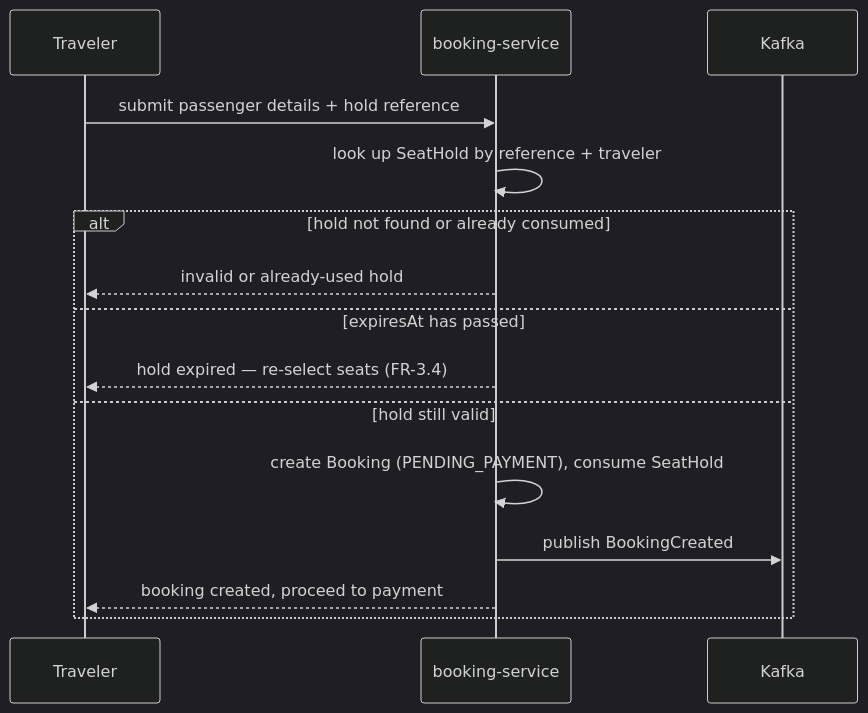
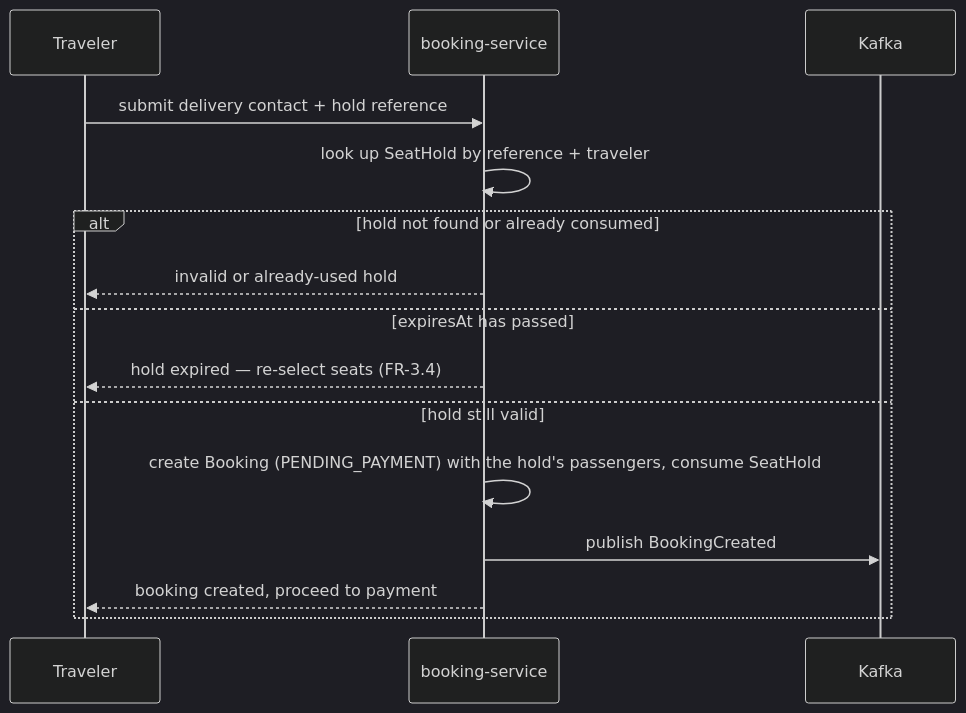
Before and after one commit to chrajesh167/roadscanner: the third of 7 diagrams in docs/services/booking-service/sequence-diagrams.md, drawn with Mermaid (dark theme). The commit also changed other lines of this file and 79 other files, not shown here.

````diff
--- a/docs/services/booking-service/sequence-diagrams.md
+++ b/docs/services/booking-service/sequence-diagrams.md
@@ -57,18 +62,18 @@
 ```mermaid
 sequenceDiagram
     participant T as Traveler
     participant BS as booking-service
     participant K as Kafka
 
-    T->>BS: submit passenger details + hold reference
+    T->>BS: submit delivery contact + hold reference
     BS->>BS: look up SeatHold by reference + traveler
     alt hold not found or already consumed
         BS-->>T: invalid or already-used hold
     else expiresAt has passed
         BS-->>T: hold expired — re-select seats (FR-3.4)
     else hold still valid
-        BS->>BS: create Booking (PENDING_PAYMENT), consume SeatHold
+        BS->>BS: create Booking (PENDING_PAYMENT) with the hold's passengers, consume SeatHold
         BS->>K: publish BookingCreated
         BS-->>T: booking created, proceed to payment
     end
 ```
````
